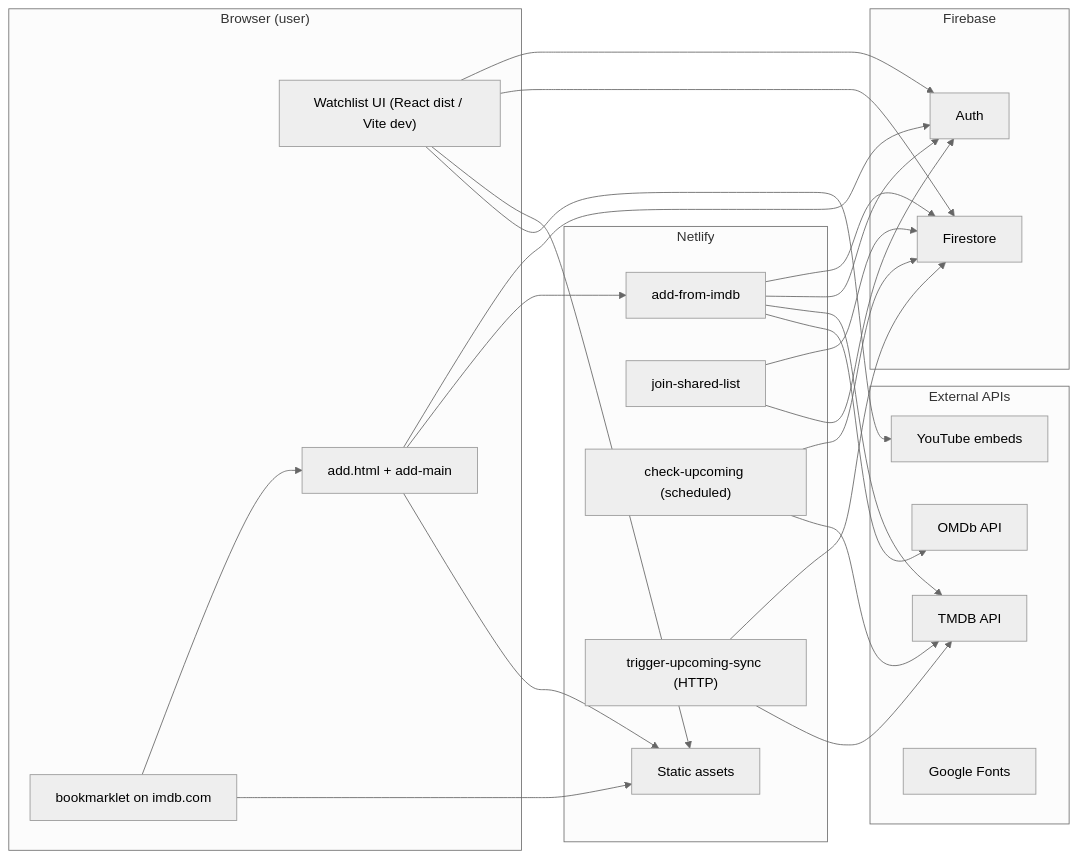
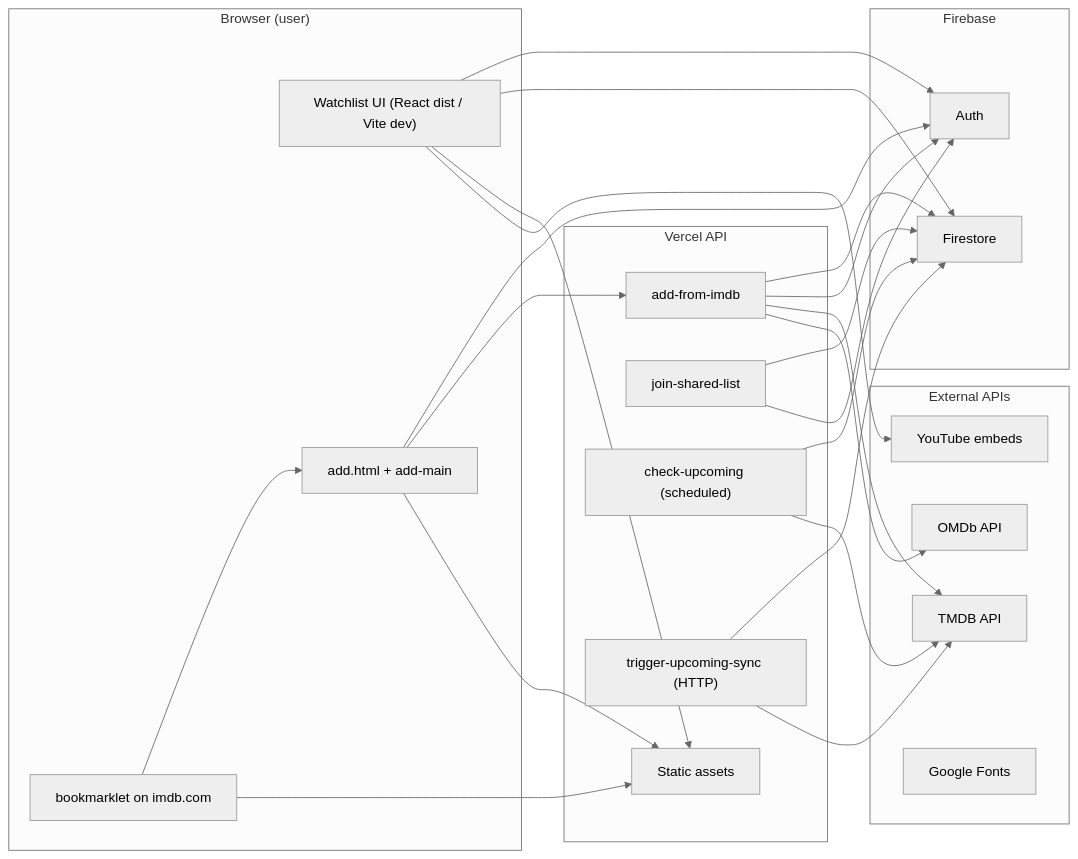
The first of 5 diagrams in system-design.md (maulbogat/watchlist-app), drawn with Mermaid (neutral theme) before and after one commit. The commit also changed other lines of this file and 37 other files, not shown here.

````diff
--- a/system-design.md
+++ b/system-design.md
@@ -310,50 +311,50 @@
 ```mermaid
 flowchart LR
   subgraph Browser["Browser (user)"]
     SPA["Watchlist UI (React dist / Vite dev)"]
     ADD["add.html + add-main"]
     BM["bookmarklet on imdb.com"]
   end
 
-  subgraph Netlify["Netlify"]
+  subgraph Netlify["Vercel API"]
     NF1["add-from-imdb"]
     NF2["join-shared-list"]
     NF3["check-upcoming (scheduled)"]
     NF4["trigger-upcoming-sync (HTTP)"]
     Static["Static assets"]
   end
 
   subgraph Firebase["Firebase"]
     FS["Firestore"]
     FA["Auth"]
   end
 
   subgraph External["External APIs"]
     TMDB["TMDB API"]
     OMDb["OMDb API"]
     YT["YouTube embeds"]
     GFonts["Google Fonts"]
   end
 
   SPA --> FA
   SPA --> FS
   ADD --> FA
   ADD --> NF1
   BM --> ADD
   BM --> Static
   SPA --> Static
   ADD --> Static
 
   NF1 --> FS
   NF1 --> FA
   NF1 --> TMDB
   NF1 --> OMDb
   NF2 --> FS
   NF2 --> FA
   NF3 --> FS
   NF3 --> TMDB
   NF4 --> FS
   NF4 --> TMDB
 
   SPA --> YT
 ```
````
